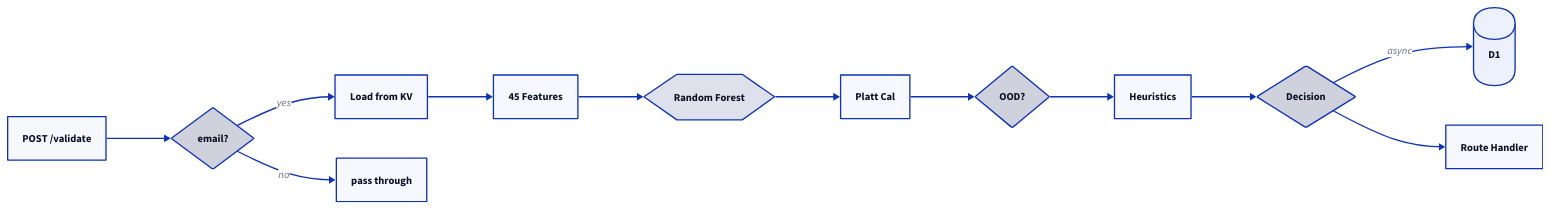
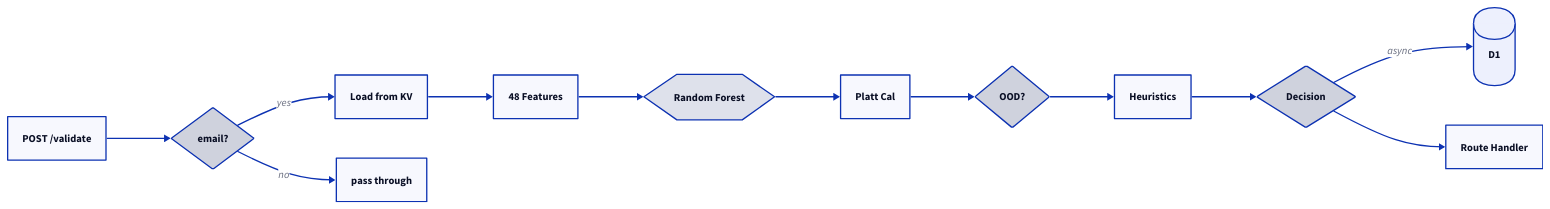
The fourth of 6 diagrams in src/content/docs/reference/homebrew-fraud-detection.mdx (erfianugrah/lexicanum), drawn with D2 before and after one commit. The commit also changed other lines of this file, not shown here.

````diff
--- a/src/content/docs/reference/homebrew-fraud-detection.mdx
+++ b/src/content/docs/reference/homebrew-fraud-detection.mdx
@@ -591,24 +594,24 @@
 ```d2
 direction: right
 
 Req -> HasEmail: ""
 HasEmail -> Load: yes
 HasEmail -> Skip: no
 Load -> Feat -> RF -> Cal: ""
 Cal -> OOD -> Heur -> Decide: ""
 Decide -> D1: async
 Decide -> Next: ""
 
 Req: POST /validate
 HasEmail: email? {shape: diamond}
 Skip: pass through
 Load: Load from KV
-Feat: 45 Features
+Feat: 48 Features
 RF: Random Forest {shape: hexagon}
 Cal: Platt Cal
 OOD: OOD? {shape: diamond}
 Heur: Heuristics
 Decide: Decision {shape: diamond}
 D1: D1 {shape: cylinder}
 Next: Route Handler
 ```
````
